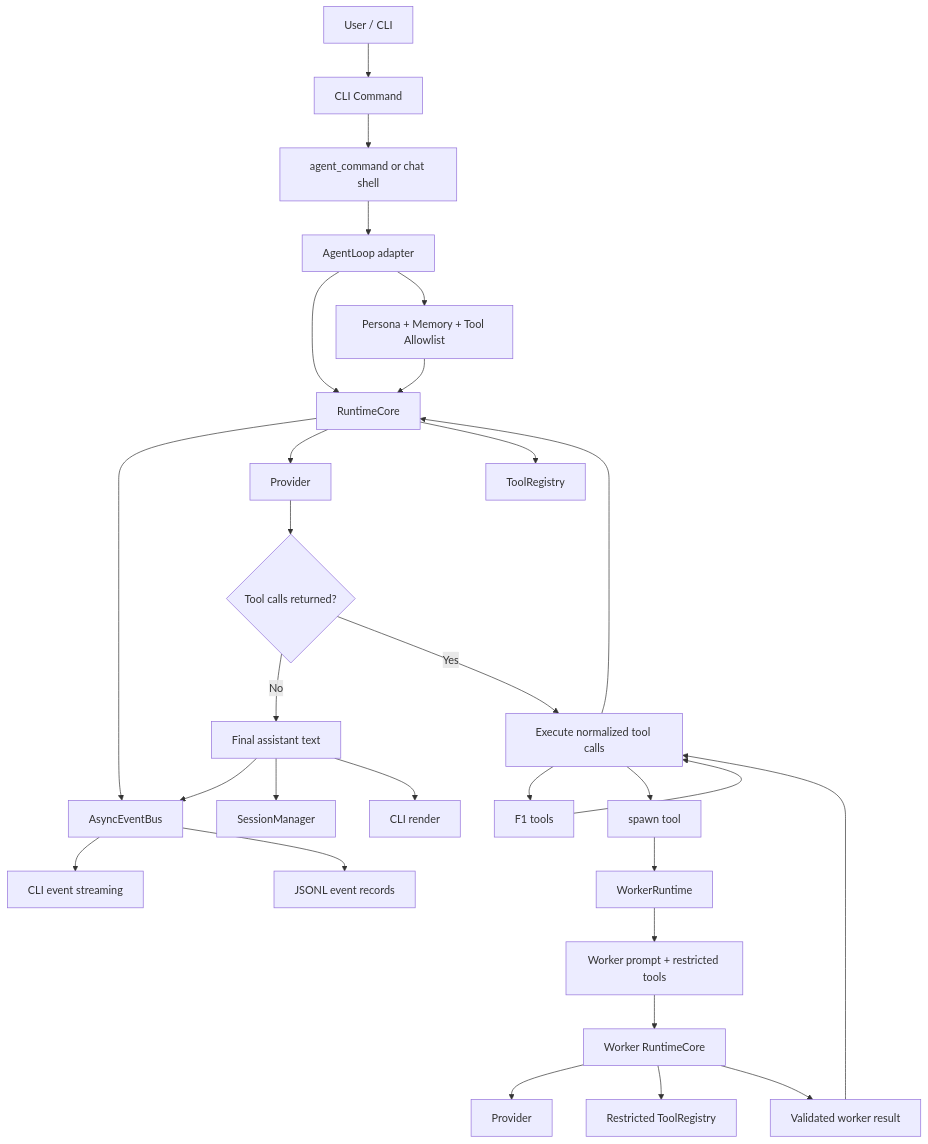
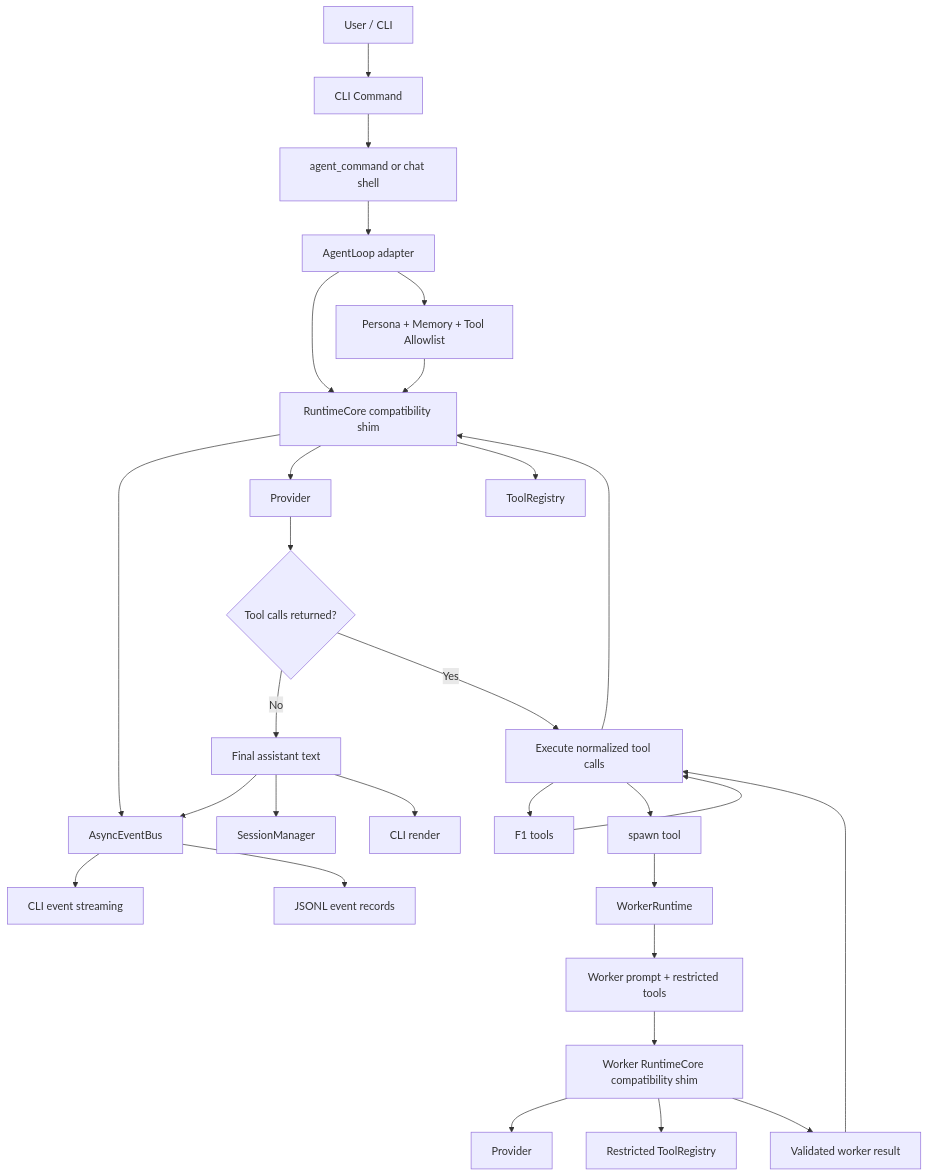
One commit to whitehatjr1001/Hannah changed the diagram in hannah/docs/AGENT_LOOP.md. Above: the diagram before and after it, drawn with Mermaid. The commit also changed other lines of this file and 3 other files, not shown here.

Commit message:
Retire RuntimeCore ownership

````diff
--- a/hannah/docs/AGENT_LOOP.md
+++ b/hannah/docs/AGENT_LOOP.md
@@ -109,39 +112,39 @@
 ```mermaid
 flowchart TD
     U[User / CLI] --> C[CLI Command]
     C --> AC[agent_command or chat shell]
     AC --> AL[AgentLoop adapter]
-    AL --> RC[RuntimeCore]
+    AL --> RC[RuntimeCore compatibility shim]
 
     AL --> CTX[Persona + Memory + Tool Allowlist]
     CTX --> RC
 
     RC --> BUS[AsyncEventBus]
     RC --> P[Provider]
     RC --> TR[ToolRegistry]
 
     P --> DECIDE{Tool calls returned?}
 
     DECIDE -- No --> FINAL[Final assistant text]
     FINAL --> BUS
     FINAL --> SESS[SessionManager]
     FINAL --> OUT[CLI render]
 
     DECIDE -- Yes --> EXEC[Execute normalized tool calls]
     EXEC --> F1[F1 tools]
     EXEC --> SPAWN[spawn tool]
 
     SPAWN --> WR[WorkerRuntime]
     WR --> WCTX[Worker prompt + restricted tools]
-    WCTX --> WRC[Worker RuntimeCore]
+    WCTX --> WRC[Worker RuntimeCore compatibility shim]
     WRC --> WP[Provider]
     WRC --> WTR[Restricted ToolRegistry]
     WRC --> WRES[Validated worker result]
 
     WRES --> EXEC
     F1 --> EXEC
     EXEC --> RC
 
     BUS --> STREAM[CLI event streaming]
     BUS --> PERSIST[JSONL event records]
 ```
````
